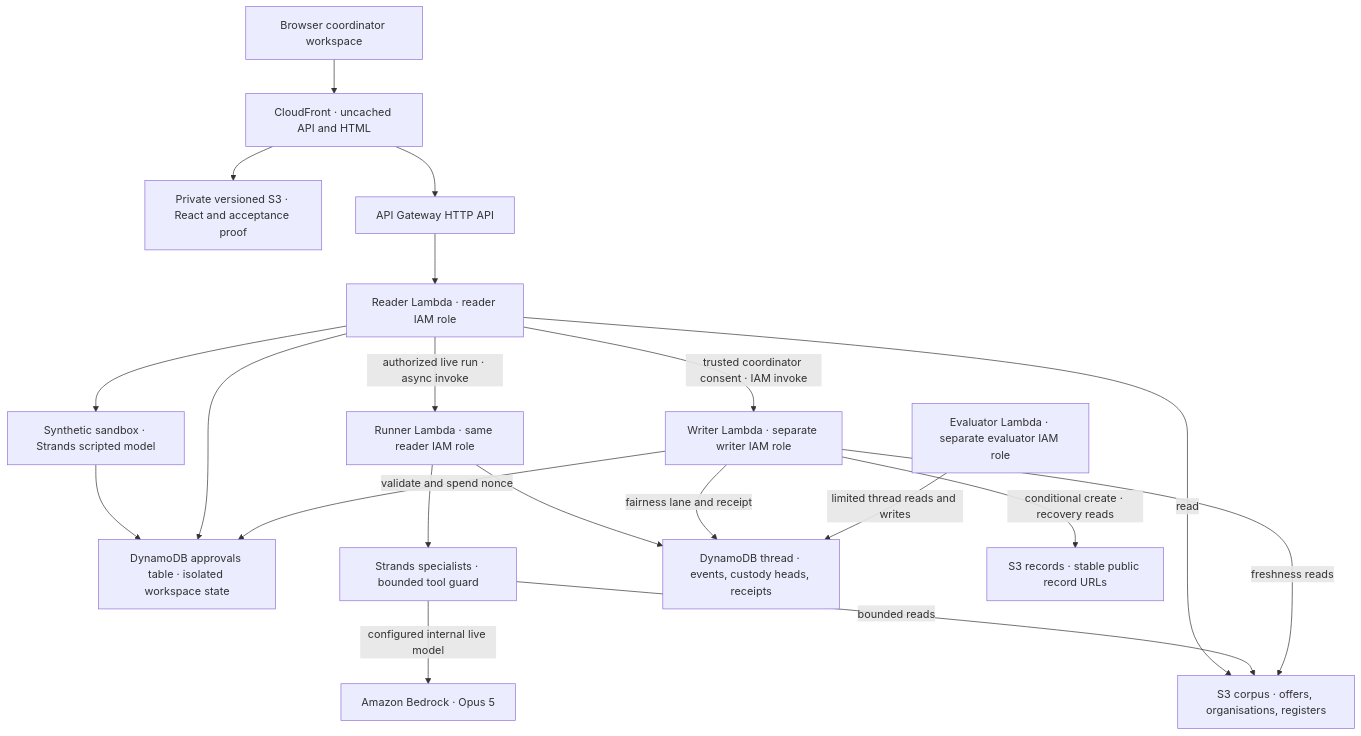
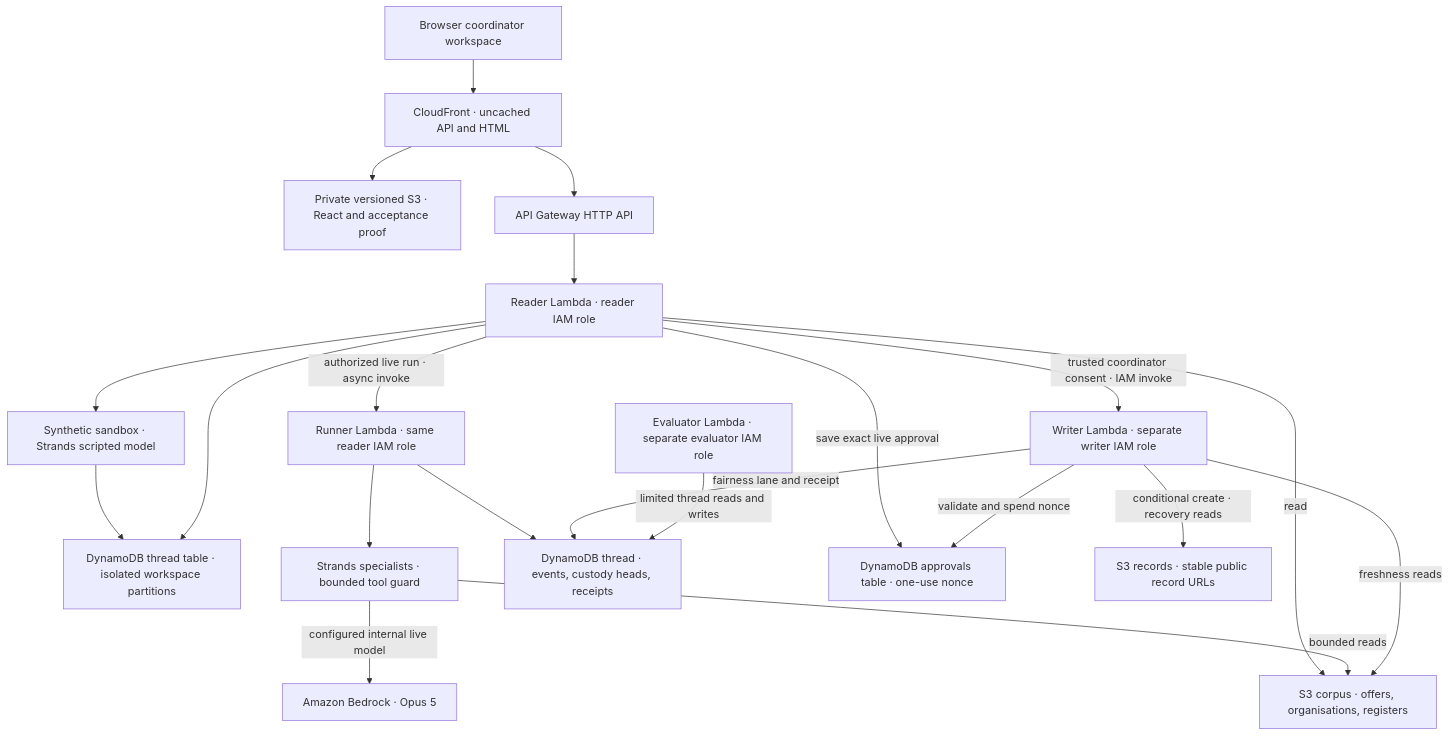
The diagram in README.md (upgradedev/merismos-aws), drawn with Mermaid before and after one commit. The commit also changed other lines of this file and 2 other files, not shown here.

Commit message:
docs(architecture): distinguish workspace partitions from approval nonces

````diff
--- a/README.md
+++ b/README.md
@@ -68,22 +68,23 @@
 ```mermaid
 flowchart TB
     Visitor["Browser coordinator workspace"] --> CDN["CloudFront · uncached API and HTML"]
     CDN --> Web["Private versioned S3 · React and acceptance proof"]
     CDN --> Gateway["API Gateway HTTP API"]
     Gateway --> Reader["Reader Lambda · reader IAM role"]
     Reader --> Sandbox["Synthetic sandbox · Strands scripted model"]
-    Sandbox --> Workspace["DynamoDB approvals table · isolated workspace state"]
+    Sandbox --> Workspace["DynamoDB thread table · isolated workspace partitions"]
     Reader -->|"authorized live run · async invoke"| Runner["Runner Lambda · same reader IAM role"]
     Runner --> Strands["Strands specialists · bounded tool guard"]
     Strands -->|"configured internal live model"| Bedrock["Amazon Bedrock · Opus 5"]
     Reader -->|"read"| Corpus["S3 corpus · offers, organisations, registers"]
     Strands -->|"bounded reads"| Corpus
     Runner --> Ledger["DynamoDB thread · events, custody heads, receipts"]
     Reader --> Workspace
+    Reader -->|"save exact live approval"| Approvals["DynamoDB approvals table · one-use nonce"]
     Reader -->|"trusted coordinator consent · IAM invoke"| Writer["Writer Lambda · separate writer IAM role"]
-    Writer -->|"validate and spend nonce"| Workspace
+    Writer -->|"validate and spend nonce"| Approvals
     Writer -->|"freshness reads"| Corpus
     Writer -->|"conditional create · recovery reads"| Records["S3 records · stable public record URLs"]
     Writer -->|"fairness lane and receipt"| Ledger
     Evaluator["Evaluator Lambda · separate evaluator IAM role"] -->|"limited thread reads and writes"| Ledger
 ```
````
